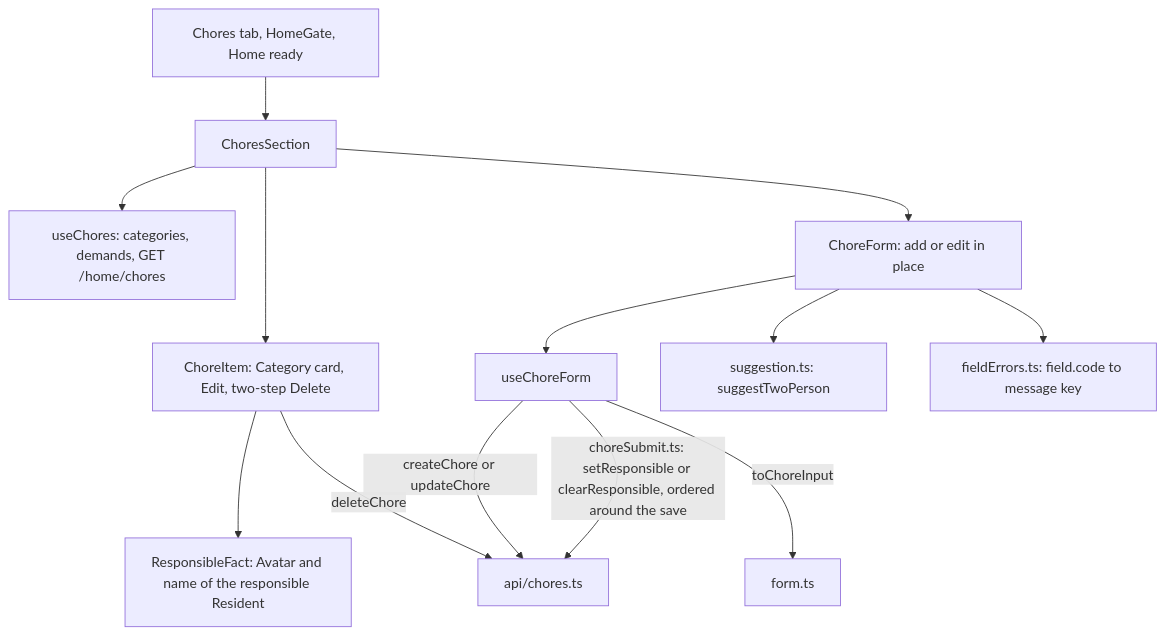
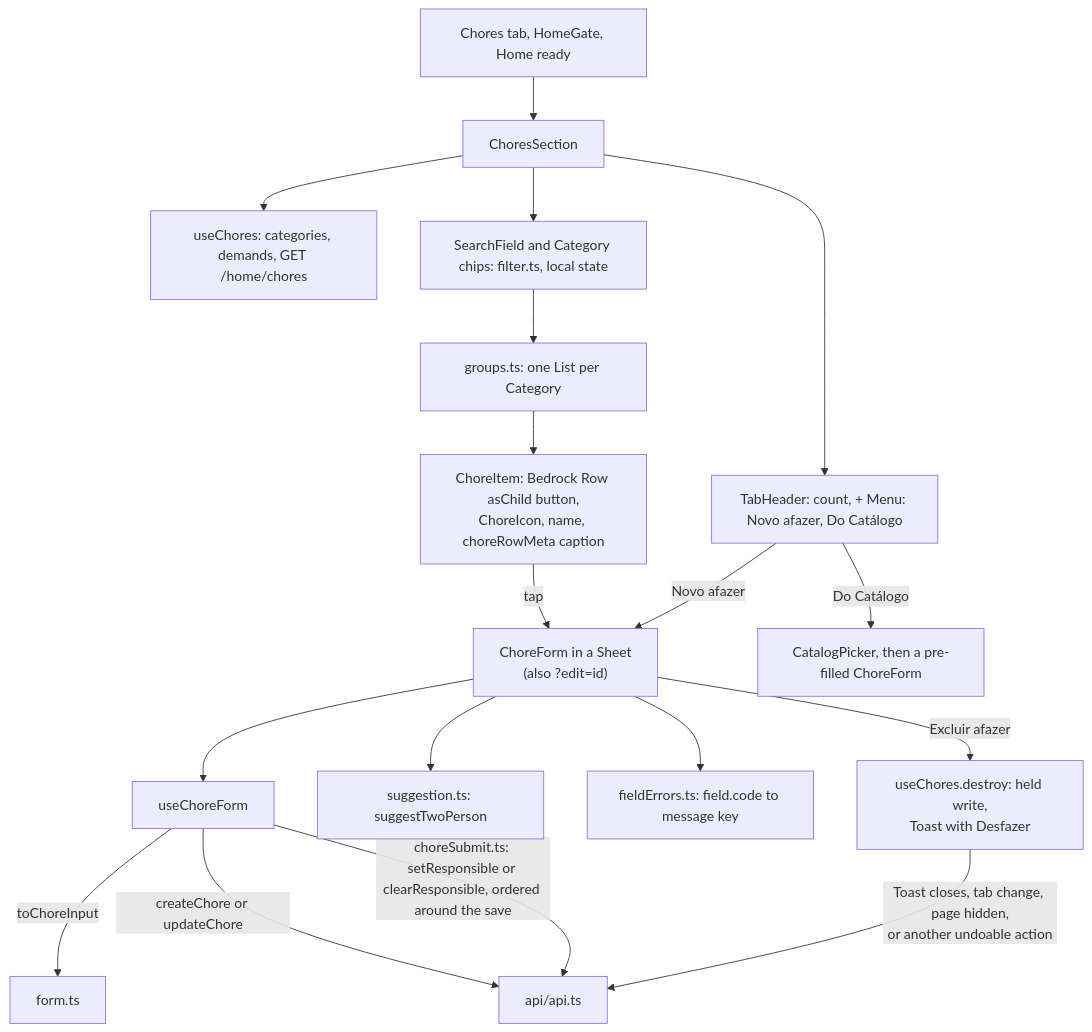
The ninth of 13 diagrams in docs/architecture/web.md (AbnerWillclefy/Homeowner), drawn with Mermaid before and after one commit. The commit also changed other lines of this file, not shown here.

First line of the commit message:
docs(architecture): web page gains the design check, frame spacing and the row-based chores screen (#927)

````diff
--- a/docs/architecture/web.md
+++ b/docs/architecture/web.md
@@ -482,15 +516,20 @@
 ```mermaid
 flowchart TD
     HS[Chores tab, HomeGate, Home ready] --> CS[ChoresSection]
     CS --> UC[useChores: categories, demands, GET /home/chores]
-    CS --> ITEM[ChoreItem: Category card, Edit, two-step Delete]
-    ITEM --> RF[ResponsibleFact: Avatar and name of the responsible Resident]
-    CS --> FORM[ChoreForm: add or edit in place]
-    ITEM -->|deleteChore| API[api/chores.ts]
-    FORM --> UF[useChoreForm]
+    CS --> TOOLS["TabHeader: count, + Menu: Novo afazer, Do Catálogo"]
+    CS --> SF[SearchField and Category chips: filter.ts, local state]
+    SF --> GR[groups.ts: one List per Category]
+    GR --> ITEM["ChoreItem: Bedrock Row asChild button,<br/>ChoreIcon, name, choreRowMeta caption"]
+    ITEM -->|tap| SHEET["ChoreForm in a Sheet<br/>(also ?edit=id)"]
+    TOOLS -->|Novo afazer| SHEET
+    TOOLS -->|Do Catálogo| CAT[CatalogPicker, then a pre-filled ChoreForm]
+    SHEET --> UF[useChoreForm]
     UF -->|toChoreInput| MAP[form.ts]
-    UF -->|createChore or updateChore| API
+    UF -->|createChore or updateChore| API[api/api.ts]
     UF -->|choreSubmit.ts: setResponsible or clearResponsible, ordered around the save| API
-    FORM --> SUG[suggestion.ts: suggestTwoPerson]
-    FORM --> FE[fieldErrors.ts: field.code to message key]
+    SHEET --> SUG[suggestion.ts: suggestTwoPerson]
+    SHEET --> FE[fieldErrors.ts: field.code to message key]
+    SHEET -->|Excluir afazer| DEL["useChores.destroy: held write,<br/>Toast with Desfazer"]
+    DEL -->|Toast closes, tab change, page hidden,<br/>or another undoable action| API
 ```
````
